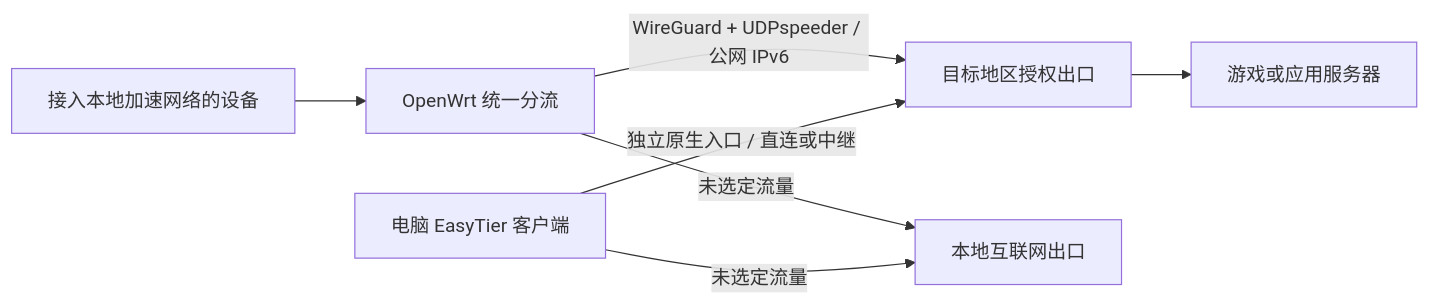
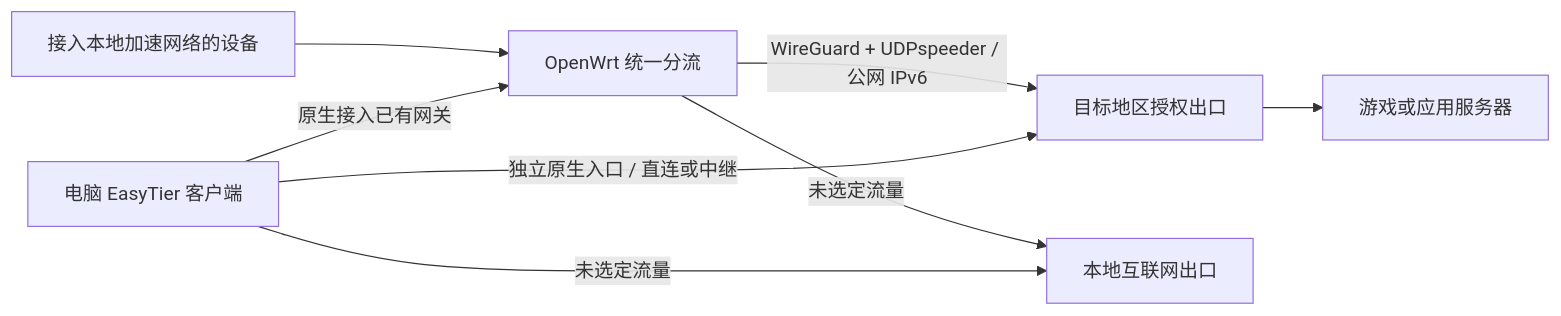
One commit to Utsusemi233/easytier-cross-region-game-accelerator changed the diagram in README.md. Above: the diagram before and after it, drawn with Mermaid. The commit also changed other lines of this file and 18 other files, not shown here.

````diff
--- a/README.md
+++ b/README.md
@@ -49,9 +52,10 @@
 ```mermaid
 flowchart LR
  A[接入本地加速网络的设备] --> B[OpenWrt 统一分流]
  B -->|WireGuard + UDPspeeder / 公网 IPv6| D[目标地区授权出口]
  P[电脑 EasyTier 客户端] -->|独立原生入口 / 直连或中继| D
+ P -->|原生接入已有网关| B
  D --> F[游戏或应用服务器]
  B -->|未选定流量| G[本地互联网出口]
  P -->|未选定流量| G
 ```
````
